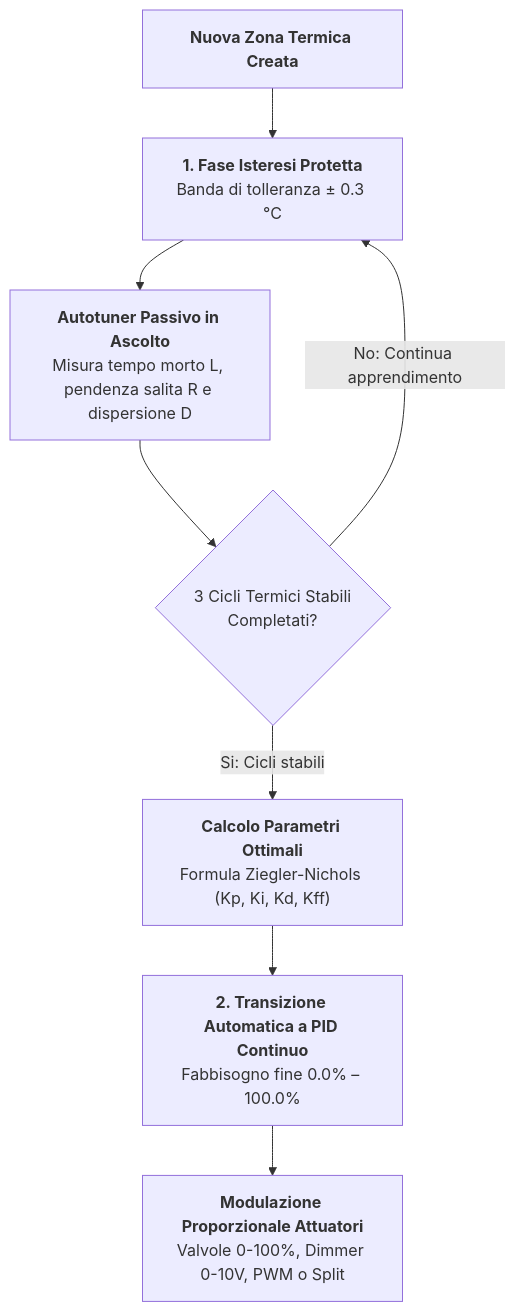
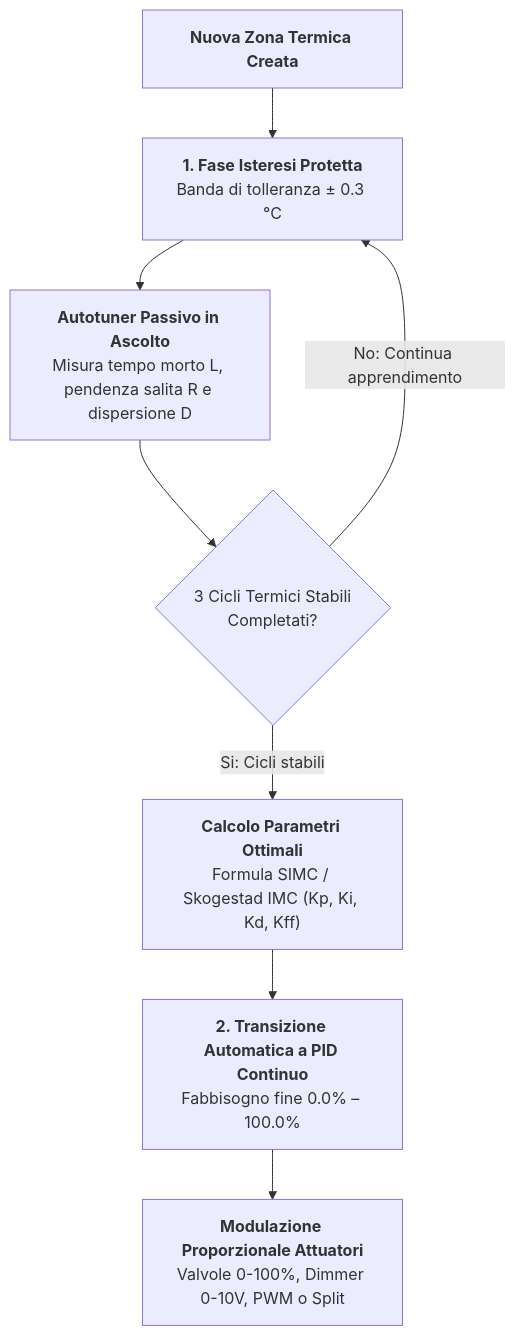
The first of 2 diagrams in docs/wiki/it/algorithms_tuning.md (alex-military/multizone-thermostat), drawn with Mermaid before and after one commit. The commit also changed other lines of this file and 25 other files, not shown here.

Commit message:
docs: update wiki, README and roadmap through v6.0.26

````diff
--- a/docs/wiki/it/algorithms_tuning.md
+++ b/docs/wiki/it/algorithms_tuning.md
@@ -15,15 +15,15 @@
 ```mermaid
 flowchart TD
     Z0["<b>Nuova Zona Termica Creata</b>"] --> Z1["<b>1. Fase Isteresi Protetta</b><br>Banda di tolleranza ± 0.3 °C"]
     
     Z1 --> Z2["<b>Autotuner Passivo in Ascolto</b><br>Misura tempo morto L, pendenza salita R e dispersione D"]
     
     Z2 --> Z3{"3 Cicli Termici Stabili<br>Completati?"}
     
     Z3 -->|No: Continua apprendimento| Z1
-    Z3 -->|Si: Cicli stabili| Z4["<b>Calcolo Parametri Ottimali</b><br>Formula Ziegler-Nichols (Kp, Ki, Kd, Kff)"]
+    Z3 -->|Si: Cicli stabili| Z4["<b>Calcolo Parametri Ottimali</b><br>Formula SIMC / Skogestad IMC (Kp, Ki, Kd, Kff)"]
     
     Z4 --> Z5["<b>2. Transizione Automatica a PID Continuo</b><br>Fabbisogno fine 0.0% – 100.0%"]
     
     Z5 --> Z6["<b>Modulazione Proporzionale Attuatori</b><br>Valvole 0-100%, Dimmer 0-10V, PWM o Split"]
 ```
````
